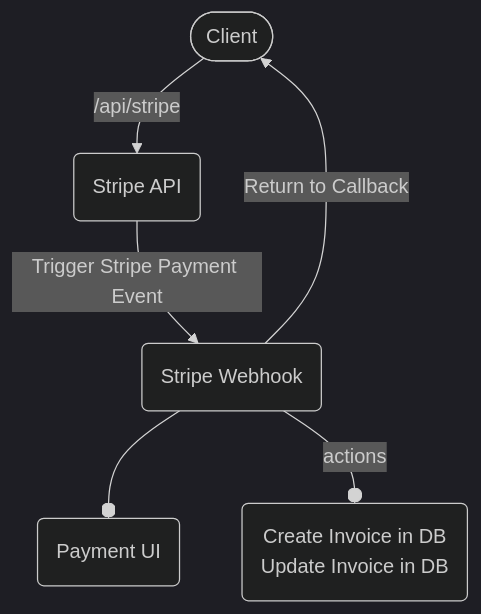
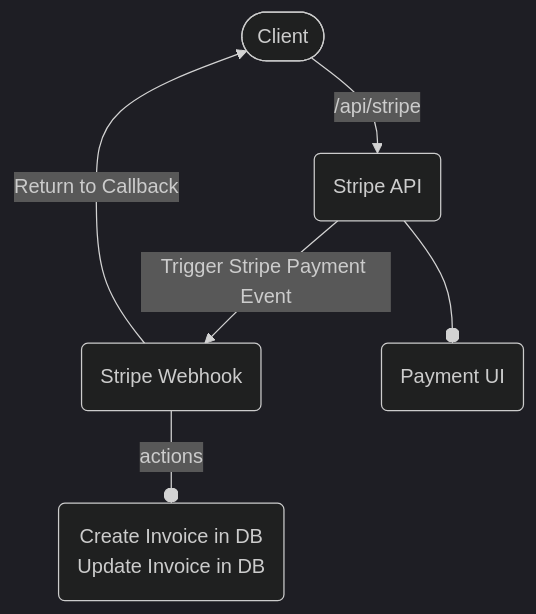
One commit to fkaaziebu/mermaid-tutorials changed the diagram in stripe_payment_api/docs.md. Above: the diagram before and after it, drawn with Mermaid (dark theme).

Commit message:
Stripe_payment_api_implementation_V2_edited

````diff
--- a/stripe_payment_api/docs.md
+++ b/stripe_payment_api/docs.md
@@ -5,24 +5,24 @@
 ```mermaid
 flowchart TB
     client([Client])
     stripe_api(Stripe API)
     stripe_webhook(Stripe Webhook)
     stripe_ui(Payment UI)
     todo("Create Invoice in DB<br/>Update Invoice in DB")
 
     %% API call to /api/stripe express endpoint
     client-- /api/stripe -->stripe_api
 
     %% Starting Stripe event session
     stripe_api-- Trigger Stripe Payment Event -->stripe_webhook
 
     %% Redirection to Stripe UI for payment processing
-    stripe_webhook--ostripe_ui
+    stripe_api--ostripe_ui
 
     %% Create an invoice in database on session completion
     %% Update the invoice on payment success
     stripe_webhook--actions--otodo
 
     %% Return back to client callback function
     stripe_webhook-- Return to Callback -->client
 ```
````
